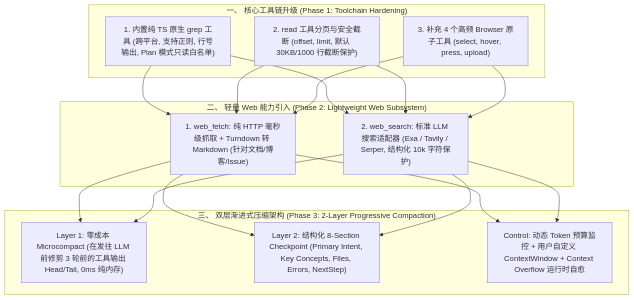
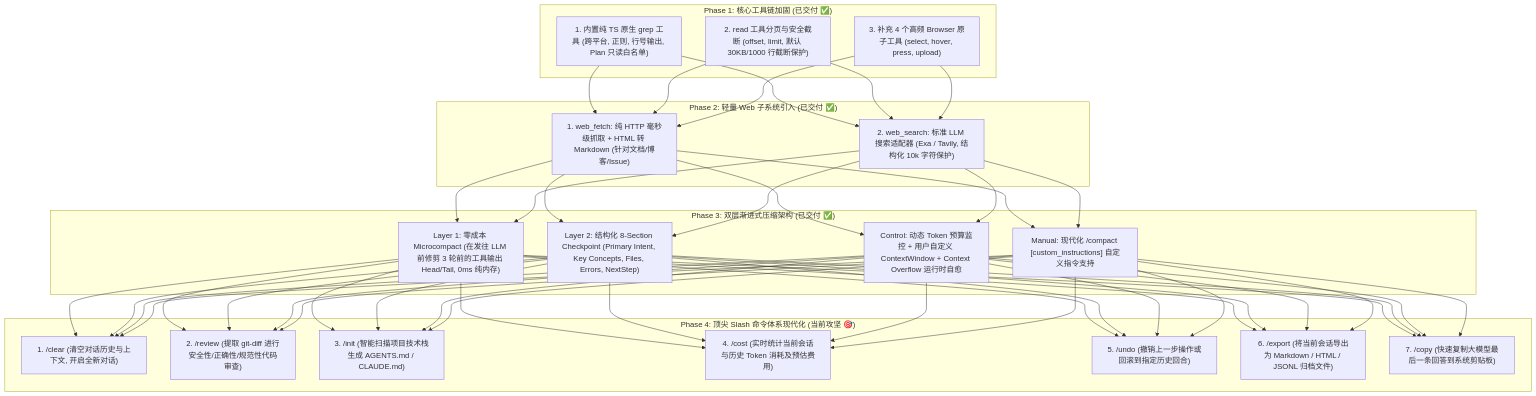
The diagram in GOAL.md (h-hei133/cheers), drawn with Mermaid before and after one commit. The commit also changed other lines of this file and 1 other file, not shown here.

Commit message:
docs(plan): add Phase 4 slash commands modernization roadmap in GOAL.md

````diff
--- a/GOAL.md
+++ b/GOAL.md
@@ -13,21 +13,32 @@
 ```mermaid
 graph TD
-  subgraph "一、 核心工具链升级 (Phase 1: Toolchain Hardening)"
-    T1["1. 内置纯 TS 原生 grep 工具 (跨平台, 支持正则, 行号输出, Plan 模式只读白名单)"]
+  subgraph "Phase 1: 核心工具链加固 (已交付 ✅)"
+    T1["1. 内置纯 TS 原生 grep 工具 (跨平台, 正则, 行号输出, Plan 只读白名单)"]
     T2["2. read 工具分页与安全截断 (offset, limit, 默认 30KB/1000 行截断保护)"]
     T3["3. 补充 4 个高频 Browser 原子工具 (select, hover, press, upload)"]
   end
 
-  subgraph "二、 轻量 Web 能力引入 (Phase 2: Lightweight Web Subsystem)"
-    W1["1. web_fetch: 纯 HTTP 毫秒级抓取 + Turndown 转 Markdown (针对文档/博客/Issue)"]
-    W2["2. web_search: 标准 LLM 搜索适配器 (Exa / Tavily / Serper, 结构化 10k 字符保护)"]
+  subgraph "Phase 2: 轻量 Web 子系统引入 (已交付 ✅)"
+    W1["1. web_fetch: 纯 HTTP 毫秒级抓取 + HTML 转 Markdown (针对文档/博客/Issue)"]
+    W2["2. web_search: 标准 LLM 搜索适配器 (Exa / Tavily, 结构化 10k 字符保护)"]
   end
 
-  subgraph "三、 双层渐进式压缩架构 (Phase 3: 2-Layer Progressive Compaction)"
+  subgraph "Phase 3: 双层渐进式压缩架构 (已交付 ✅)"
     C1["Layer 1: 零成本 Microcompact (在发往 LLM 前修剪 3 轮前的工具输出 Head/Tail, 0ms 纯内存)"]
     C2["Layer 2: 结构化 8-Section Checkpoint (Primary Intent, Key Concepts, Files, Errors, NextStep)"]
     C3["Control: 动态 Token 预算监控 + 用户自定义 ContextWindow + Context Overflow 运行时自愈"]
+    C4["Manual: 现代化 /compact [custom_instructions] 自定义指令支持"]
   end
 
-  T1 & T2 & T3 --> W1 & W2 --> C1 & C2 & C3
+  subgraph "Phase 4: 顶尖 Slash 命令体系现代化 (当前攻坚 🎯)"
+    S1["1. /clear (清空对话历史与上下文, 开启全新对话)"]
+    S2["2. /review (提取 git-diff 进行安全性/正确性/规范性代码审查)"]
+    S3["3. /init (智能扫描项目技术栈生成 AGENTS.md / CLAUDE.md)"]
+    S4["4. /cost (实时统计当前会话与历史 Token 消耗及预估费用)"]
+    S5["5. /undo (撤销上一步操作或回滚到指定历史回合)"]
+    S6["6. /export (将当前会话导出为 Markdown / HTML / JSONL 归档文件)"]
+    S7["7. /copy (快速复制大模型最后一条回答到系统剪贴板)"]
+  end
+
+  T1 & T2 & T3 --> W1 & W2 --> C1 & C2 & C3 & C4 --> S1 & S2 & S3 & S4 & S5 & S6 & S7
 ```
````
